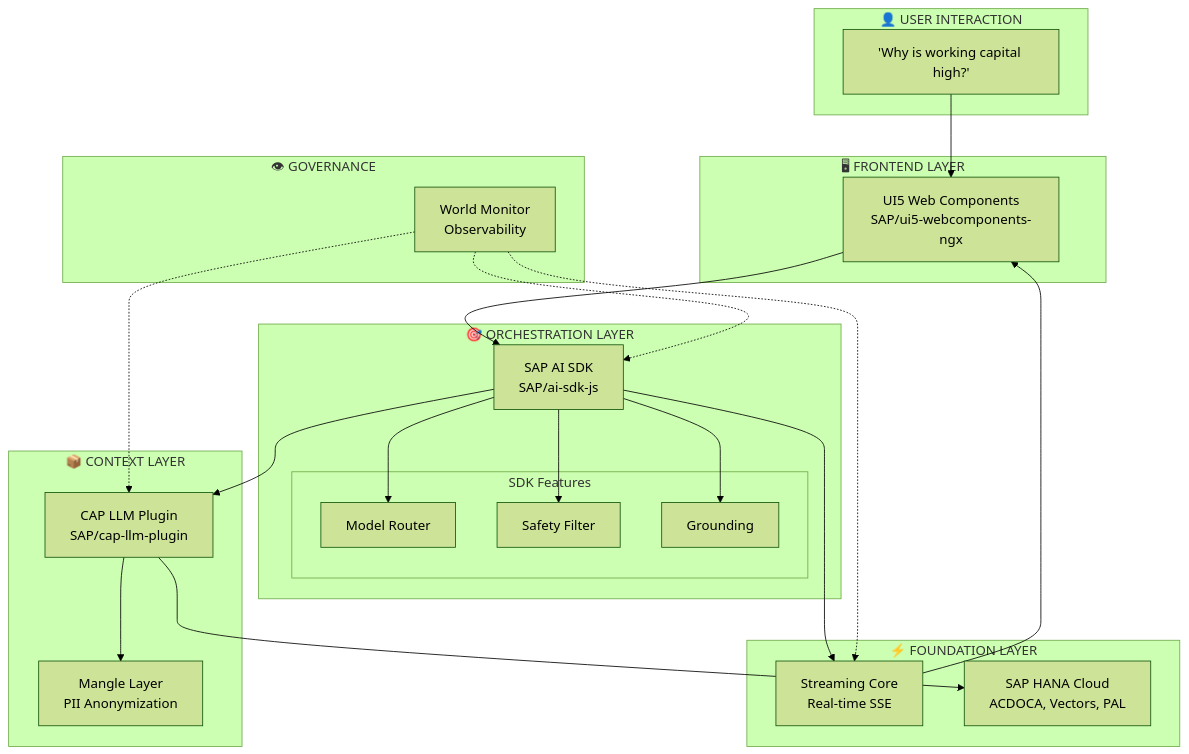
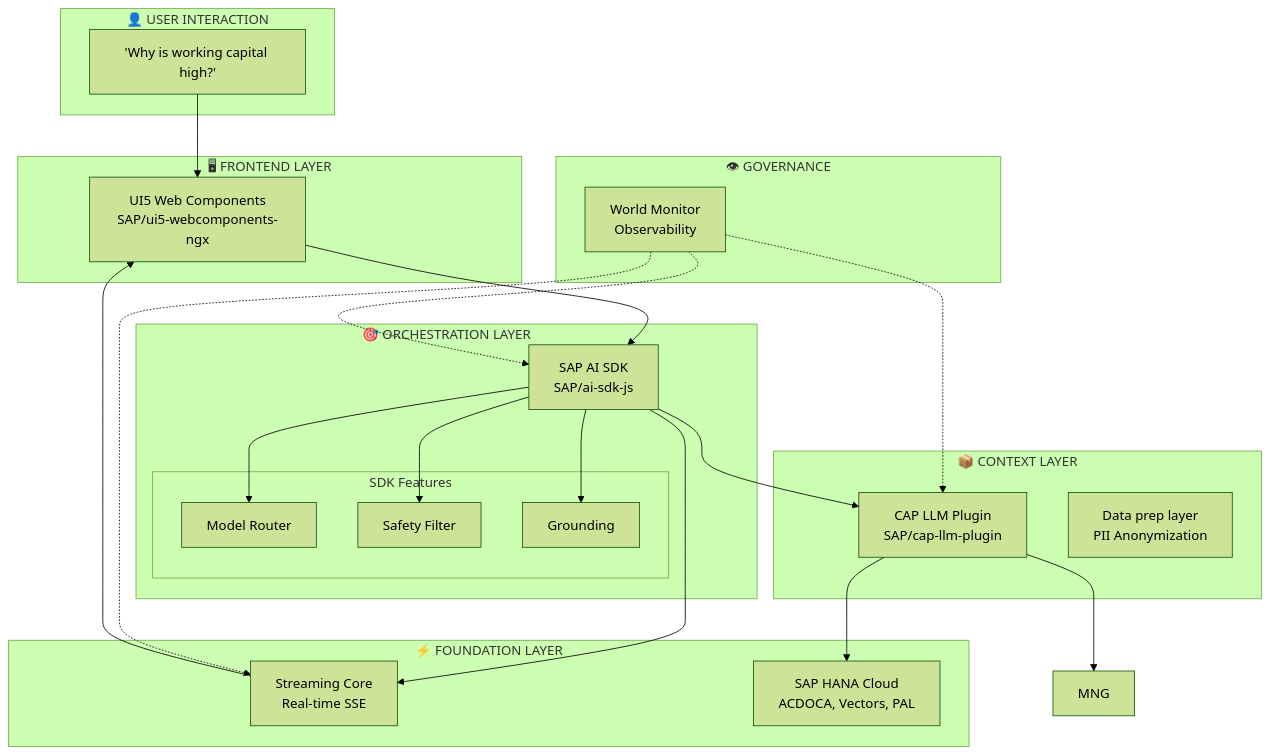
The second of 3 diagrams in docs/business-briefs/01-enterprise-ai-problem.md (GJKarthik/sap-oss-v1), drawn with Mermaid (forest theme) before and after one commit. The commit also changed other lines of this file and 2548 other files, not shown here.

````diff
--- a/docs/business-briefs/01-enterprise-ai-problem.md
+++ b/docs/business-briefs/01-enterprise-ai-problem.md
@@ -120,47 +120,47 @@
 ```mermaid
 flowchart TB
     subgraph User["👤 USER INTERACTION"]
         Q["'Why is working capital high?'"]
     end
     
     subgraph Frontend["🖥 FRONTEND LAYER"]
         UI["UI5 Web Components<br/>SAP/ui5-webcomponents-ngx"]
     end
     
     subgraph Orchestration["🎯 ORCHESTRATION LAYER"]
         SDK["SAP AI SDK<br/>SAP/ai-sdk-js"]
         subgraph SDKFeatures["SDK Features"]
             MR["Model Router"]
             SF["Safety Filter"]
             GR["Grounding"]
         end
     end
     
     subgraph Context["📦 CONTEXT LAYER"]
         CAP["CAP LLM Plugin<br/>SAP/cap-llm-plugin"]
-        MNG["Mangle Layer<br/>PII Anonymization"]
+        DP["Data prep layer<br/>PII Anonymization"]
     end
     
     subgraph Foundation["⚡ FOUNDATION LAYER"]
         STR["Streaming Core<br/>Real-time SSE"]
         HANA["SAP HANA Cloud<br/>ACDOCA, Vectors, PAL"]
     end
     
     subgraph Governance["👁 GOVERNANCE"]
         WM["World Monitor<br/>Observability"]
     end
     
     Q --> UI
     UI --> SDK
     SDK --> MR
     SDK --> SF
     SDK --> GR
     SDK --> CAP
     CAP --> MNG
     CAP --> HANA
     SDK --> STR
     STR --> UI
     WM -.-> SDK
     WM -.-> CAP
     WM -.-> STR
 ```
````
